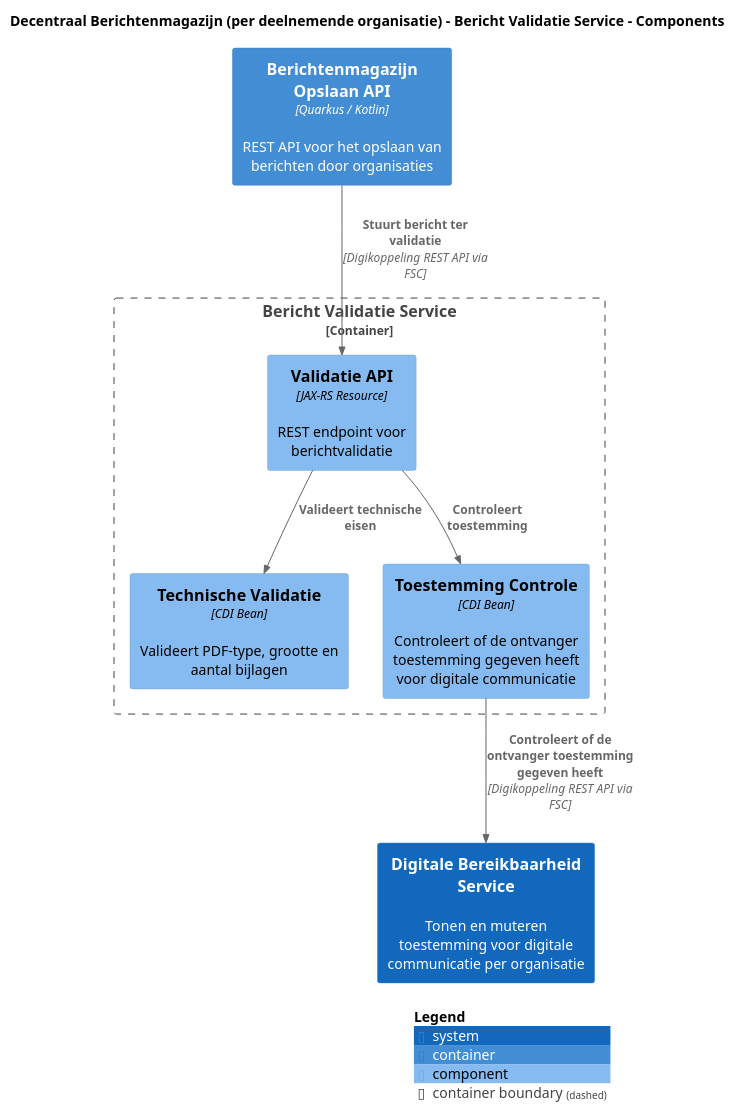
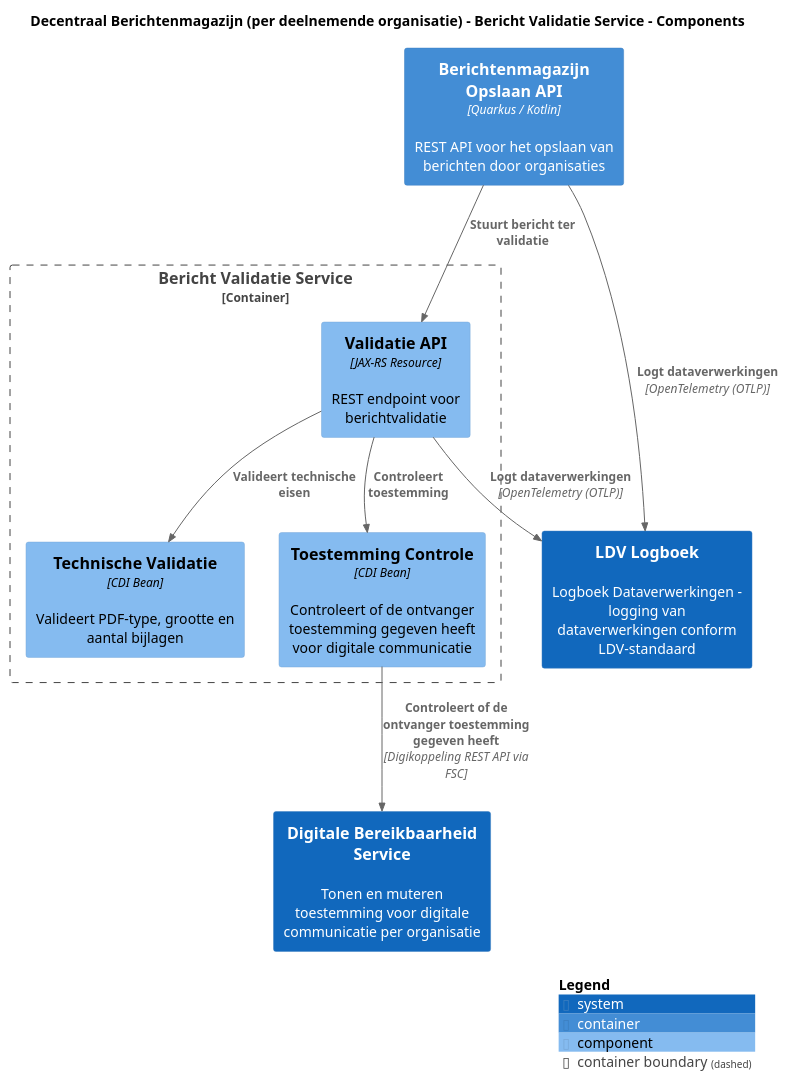
One commit to MinBZK/moza-poc-fbs-berichtenbox changed the diagram in pr-preview/pr-16/master/puml/BerichtValidatieComponenten.puml. Above: the diagram before and after it, drawn with PlantUML. The commit also changed 64 other files, not shown here.

```diff
--- a/pr-preview/pr-16/master/puml/BerichtValidatieComponenten.puml
+++ b/pr-preview/pr-16/master/puml/BerichtValidatieComponenten.puml
@@ -1,27 +1,30 @@
 @startuml
 set separator none
 title Decentraal Berichtenmagazijn (per deelnemende organisatie) - Bericht Validatie Service - Components
 
 top to bottom direction
 
 !include <C4/C4>
 !include <C4/C4_Context>
 !include <C4/C4_Container>
 !include <C4/C4_Component>
 
 System(DigitaleBereikbaarheidService, "Digitale Bereikbaarheid Service", $descr="Tonen en muteren toestemming voor digitale communicatie per organisatie", $tags="", $link="")
 Container(DecentraalBerichtenmagazijnperdeelnemendeorganisatie.BerichtenmagazijnOpslaanAPI, "Berichtenmagazijn Opslaan API", $techn="Quarkus / Kotlin", $descr="REST API voor het opslaan van berichten door organisaties", $tags="", $link="")
+System(LDVLogboek, "LDV Logboek", $descr="Logboek Dataverwerkingen - logging van dataverwerkingen conform LDV-standaard", $tags="", $link="")
 
 Container_Boundary("DecentraalBerichtenmagazijnperdeelnemendeorganisatie.BerichtValidatieService_boundary", "Bericht Validatie Service", $tags="") {
   Component(DecentraalBerichtenmagazijnperdeelnemendeorganisatie.BerichtValidatieService.ValidatieAPI, "Validatie API", $techn="JAX-RS Resource", $descr="REST endpoint voor berichtvalidatie", $tags="", $link="")
   Component(DecentraalBerichtenmagazijnperdeelnemendeorganisatie.BerichtValidatieService.TechnischeValidatie, "Technische Validatie", $techn="CDI Bean", $descr="Valideert PDF-type, grootte en aantal bijlagen", $tags="", $link="")
   Component(DecentraalBerichtenmagazijnperdeelnemendeorganisatie.BerichtValidatieService.ToestemmingControle, "Toestemming Controle", $techn="CDI Bean", $descr="Controleert of de ontvanger toestemming gegeven heeft voor digitale communicatie", $tags="", $link="")
 }
 
-Rel(DecentraalBerichtenmagazijnperdeelnemendeorganisatie.BerichtValidatieService.ToestemmingControle, DigitaleBereikbaarheidService, "Controleert of de ontvanger toestemming gegeven heeft", $techn="Digikoppeling REST API via FSC", $tags="", $link="")
+Rel(DecentraalBerichtenmagazijnperdeelnemendeorganisatie.BerichtenmagazijnOpslaanAPI, LDVLogboek, "Logt dataverwerkingen", $techn="OpenTelemetry (OTLP)", $tags="", $link="")
+Rel(DecentraalBerichtenmagazijnperdeelnemendeorganisatie.BerichtValidatieService.ValidatieAPI, LDVLogboek, "Logt dataverwerkingen", $techn="OpenTelemetry (OTLP)", $tags="", $link="")
 Rel(DecentraalBerichtenmagazijnperdeelnemendeorganisatie.BerichtValidatieService.ValidatieAPI, DecentraalBerichtenmagazijnperdeelnemendeorganisatie.BerichtValidatieService.TechnischeValidatie, "Valideert technische eisen", $techn="", $tags="", $link="")
 Rel(DecentraalBerichtenmagazijnperdeelnemendeorganisatie.BerichtValidatieService.ValidatieAPI, DecentraalBerichtenmagazijnperdeelnemendeorganisatie.BerichtValidatieService.ToestemmingControle, "Controleert toestemming", $techn="", $tags="", $link="")
-Rel(DecentraalBerichtenmagazijnperdeelnemendeorganisatie.BerichtenmagazijnOpslaanAPI, DecentraalBerichtenmagazijnperdeelnemendeorganisatie.BerichtValidatieService.ValidatieAPI, "Stuurt bericht ter validatie", $techn="Digikoppeling REST API via FSC", $tags="", $link="")
+Rel(DecentraalBerichtenmagazijnperdeelnemendeorganisatie.BerichtenmagazijnOpslaanAPI, DecentraalBerichtenmagazijnperdeelnemendeorganisatie.BerichtValidatieService.ValidatieAPI, "Stuurt bericht ter validatie", $techn="", $tags="", $link="")
+Rel(DecentraalBerichtenmagazijnperdeelnemendeorganisatie.BerichtValidatieService.ToestemmingControle, DigitaleBereikbaarheidService, "Controleert of de ontvanger toestemming gegeven heeft", $techn="Digikoppeling REST API via FSC", $tags="", $link="")
 
 SHOW_LEGEND(true)
 @enduml
```
